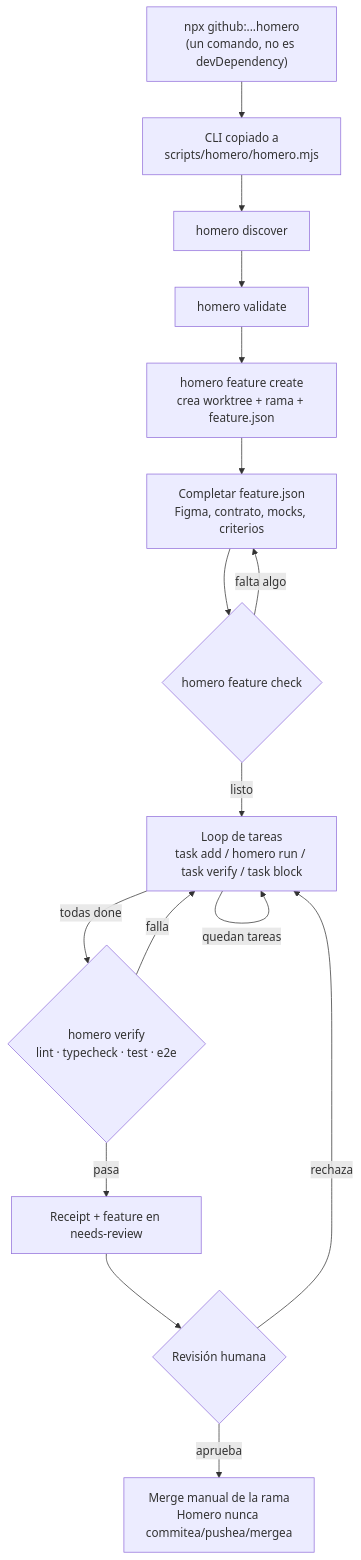
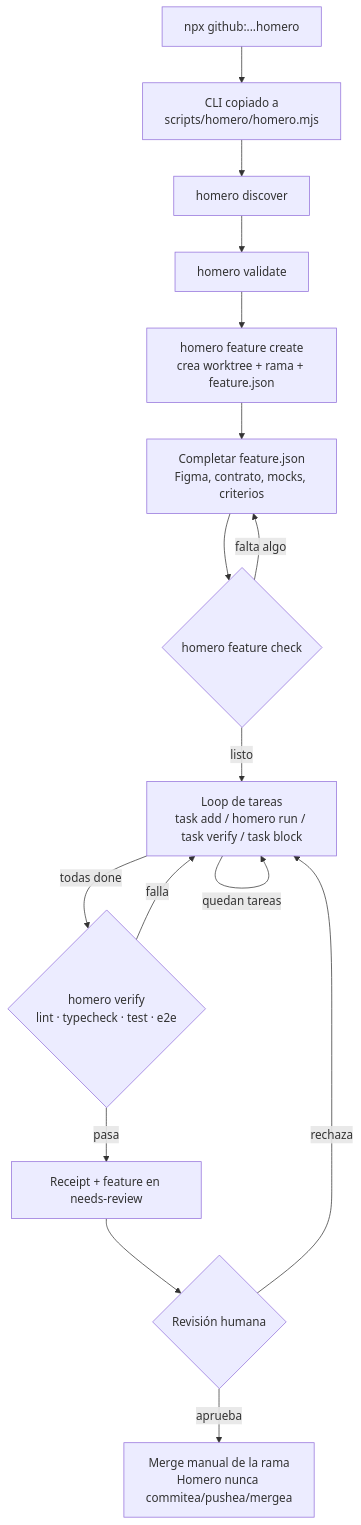
Before and after one commit to DanielRamosValenzuela/homero: the first of 3 diagrams in README.md, drawn with Mermaid. The commit also changed other lines of this file and 9 other files, not shown here.

First line of the commit message:
Remove devDependency-history framing from all user-facing docs

````diff
--- a/README.md
+++ b/README.md
@@ -15,18 +15,18 @@
 ```mermaid
 flowchart TD
-    A["npx github:...homero<br/>(un comando, no es devDependency)"] --> B["CLI copiado a<br/>scripts/homero/homero.mjs"]
+    A["npx github:...homero"] --> B["CLI copiado a<br/>scripts/homero/homero.mjs"]
     B --> C["homero discover"]
     C --> D["homero validate"]
     D --> E["homero feature create<br/>crea worktree + rama + feature.json"]
     E --> F["Completar feature.json<br/>Figma, contrato, mocks, criterios"]
     F --> G{"homero feature check"}
     G -- "falta algo" --> F
     G -- "listo" --> H["Loop de tareas<br/>task add / homero run / task verify / task block"]
     H -- "quedan tareas" --> H
     H -- "todas done" --> I{"homero verify<br/>lint · typecheck · test · e2e"}
     I -- "falla" --> H
     I -- "pasa" --> J["Receipt + feature en needs-review"]
     J --> K{"Revisión humana"}
     K -- "rechaza" --> H
     K -- "aprueba" --> L["Merge manual de la rama<br/>Homero nunca commitea/pushea/mergea"]
 ```
````
